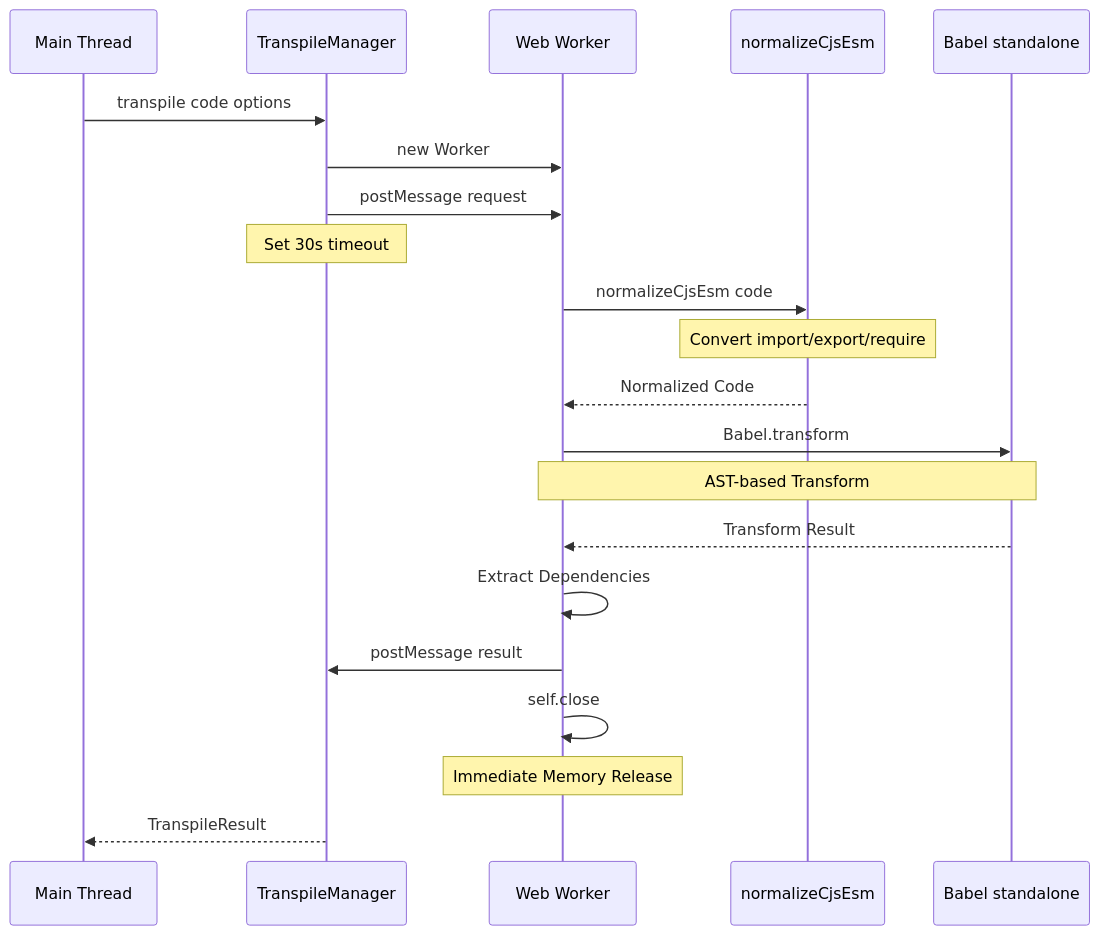
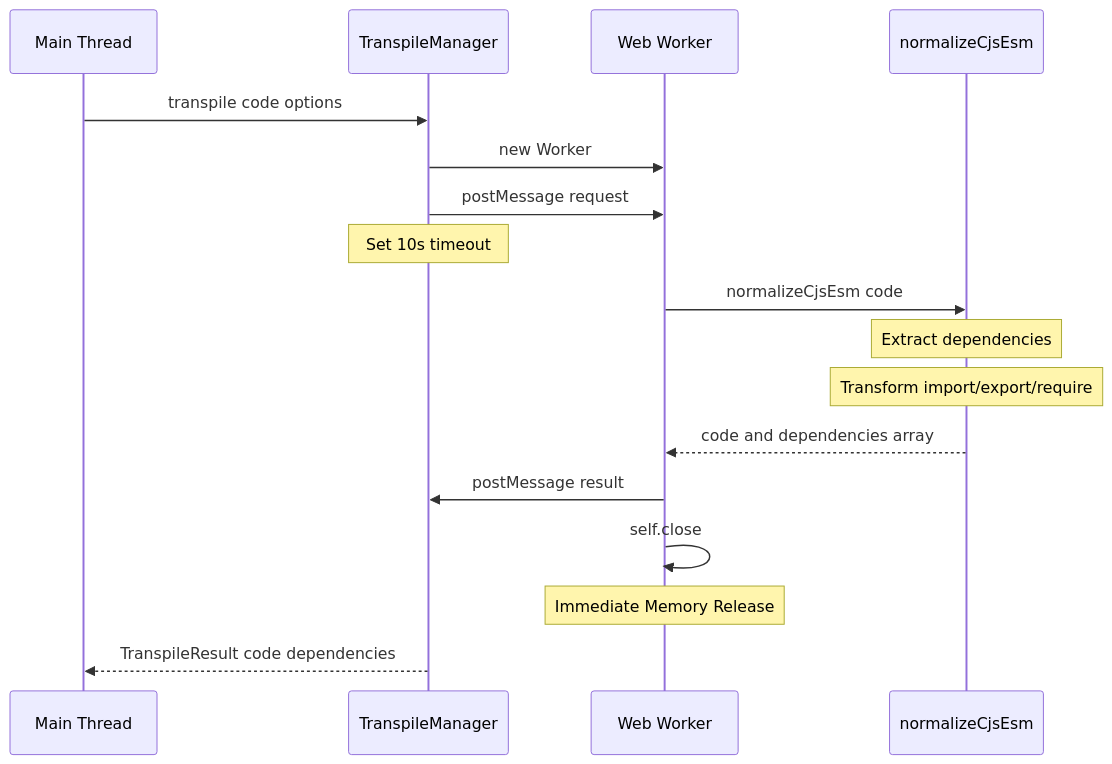
The ninth of 16 diagrams in docs/NODE-RUNTIME.md (Stasshe/Pyxis-CodeCanvas), drawn with Mermaid before and after one commit. The commit also changed other lines of this file, not shown here.

````diff
--- a/docs/NODE-RUNTIME.md
+++ b/docs/NODE-RUNTIME.md
@@ -325,30 +513,24 @@
 ```mermaid
 sequenceDiagram
     participant Main as Main Thread
     participant Manager as TranspileManager
     participant Worker as Web Worker
     participant Normalize as normalizeCjsEsm
-    participant Babel as Babel standalone
     
     Main->>Manager: transpile code options
     Manager->>Worker: new Worker
     
     Manager->>Worker: postMessage request
-    Note over Manager: Set 30s timeout
+    Note over Manager: Set 10s timeout
     
     Worker->>Normalize: normalizeCjsEsm code
-    Note over Normalize: Convert import/export/require
-    Normalize-->>Worker: Normalized Code
-    
-    Worker->>Babel: Babel.transform
-    Note over Worker,Babel: AST-based Transform
-    
-    Babel-->>Worker: Transform Result
-    Worker->>Worker: Extract Dependencies
+    Note over Normalize: Extract dependencies
+    Note over Normalize: Transform import/export/require
+    Normalize-->>Worker: code and dependencies array
     
     Worker->>Manager: postMessage result
     Worker->>Worker: self.close
     Note over Worker: Immediate Memory Release
     
-    Manager-->>Main: TranspileResult
+    Manager-->>Main: TranspileResult code dependencies
 ```
````
